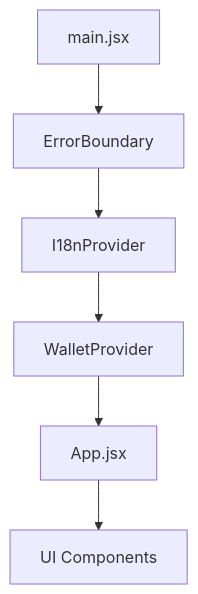
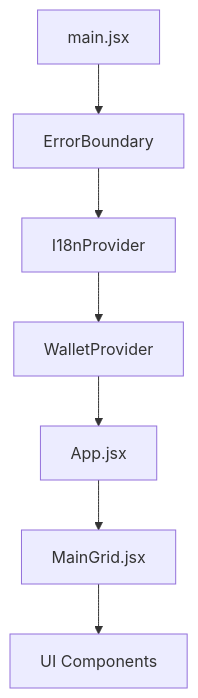
One commit to AdekunleBamz/stacks-clicker changed the first of 2 diagrams in ARCHITECTURE.md. Above: the diagram before and after it, drawn with Mermaid.

Commit message:
docs: update ARCHITECTURE.md provider hierarchy

````diff
--- a/ARCHITECTURE.md
+++ b/ARCHITECTURE.md
@@ -19,8 +19,9 @@
 ```mermaid
 graph TD
     Root[main.jsx] --> EB[ErrorBoundary]
     EB --> I18n[I18nProvider]
     I18n --> Wallet[WalletProvider]
     Wallet --> App[App.jsx]
-    App --> Components[UI Components]
+    App --> MainGrid[MainGrid.jsx]
+    MainGrid --> Components[UI Components]
 ```
````
